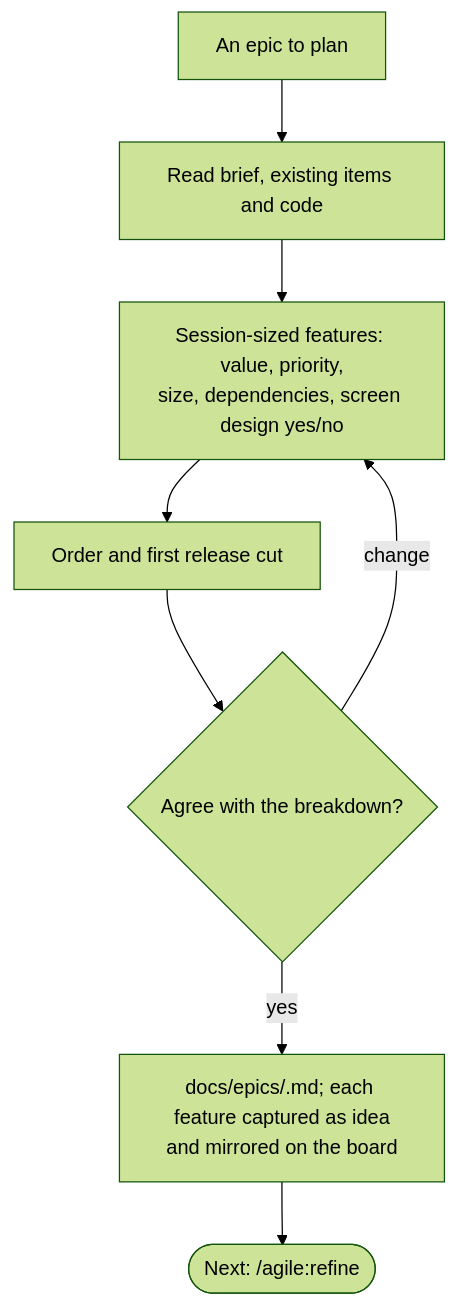
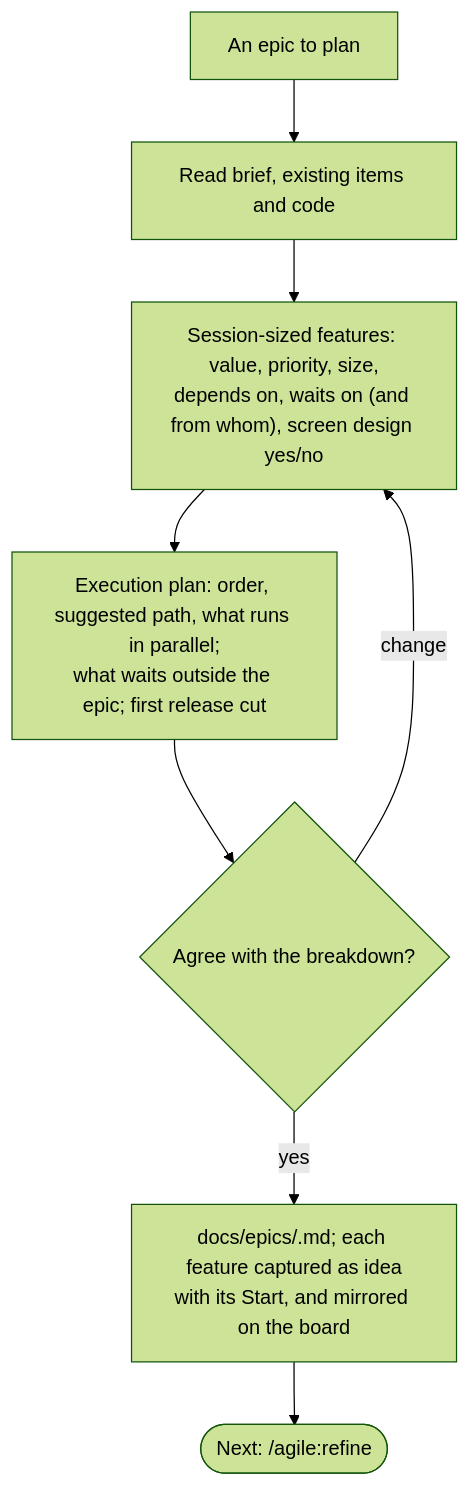
One commit to alexcanario/simulab changed the sixth of 18 diagrams in docs/agile/workflow.md. Above: the diagram before and after it, drawn with Mermaid (forest theme). The commit also changed other lines of this file and 11 other files, not shown here.

````diff
--- a/docs/agile/workflow.md
+++ b/docs/agile/workflow.md
@@ -970,10 +1191,10 @@
 ```mermaid
 flowchart TD
     A["An epic to plan"] --> B["Read brief, existing items and code"]
-    B --> C["Session-sized features: value, priority,<br/>size, dependencies, screen design yes/no"]
-    C --> D["Order and first release cut"]
+    B --> C["Session-sized features: value, priority, size,<br/>depends on, waits on (and from whom), screen design yes/no"]
+    C --> D["Execution plan: order, suggested path, what runs in parallel;<br/>what waits outside the epic; first release cut"]
     D --> E{"Agree with the breakdown?"}
     E -->|change| C
-    E -->|yes| F["docs/epics/<slug>.md; each feature captured as idea<br/>and mirrored on the board"]
-    F --> G(["Next: /agile:refine <first feature>"])
+    E -->|yes| F["docs/epics/<slug>.md; each feature captured as idea<br/>with its Start, and mirrored on the board"]
+    F --> G(["Next: /agile:refine <first feature that waits on nothing>"])
 ```
````
